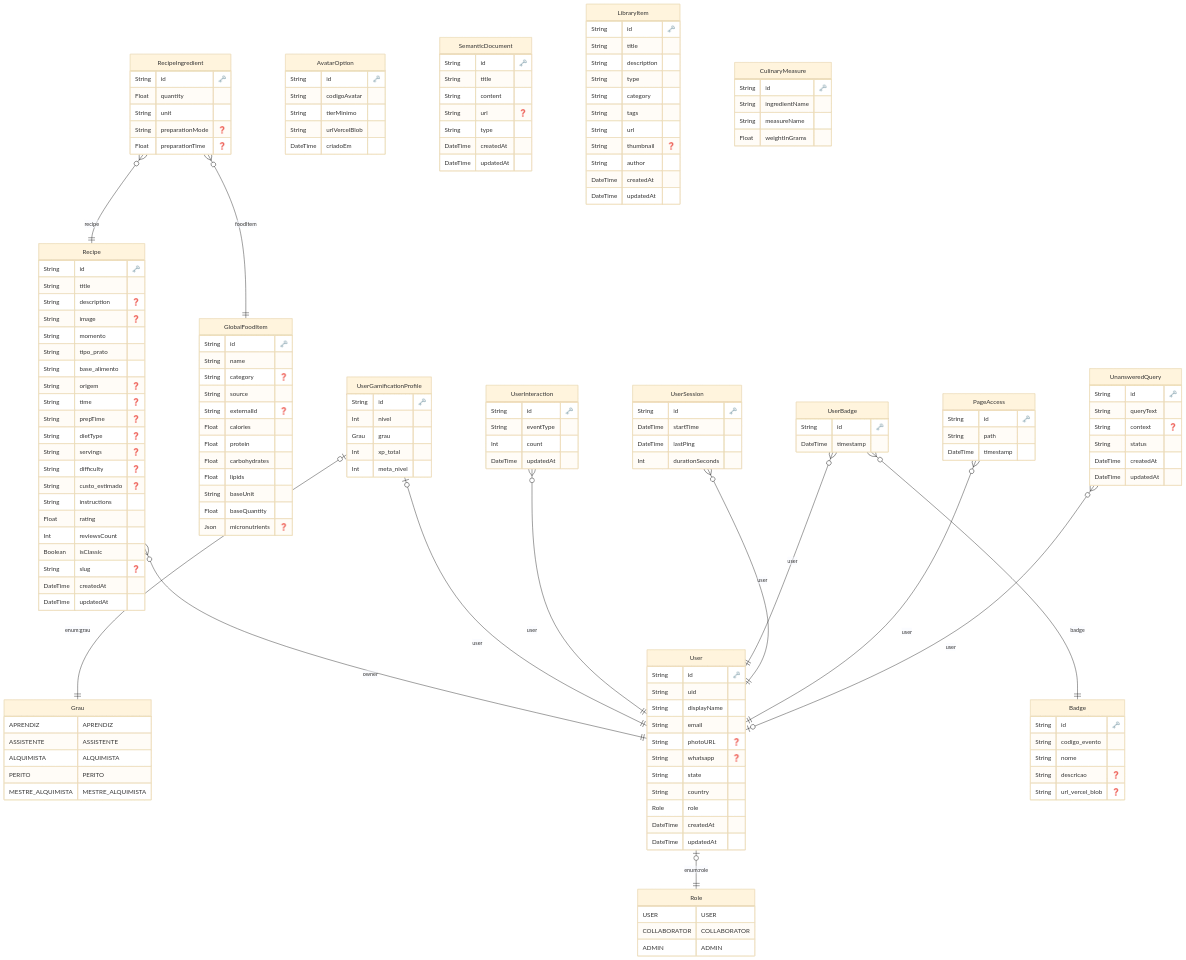
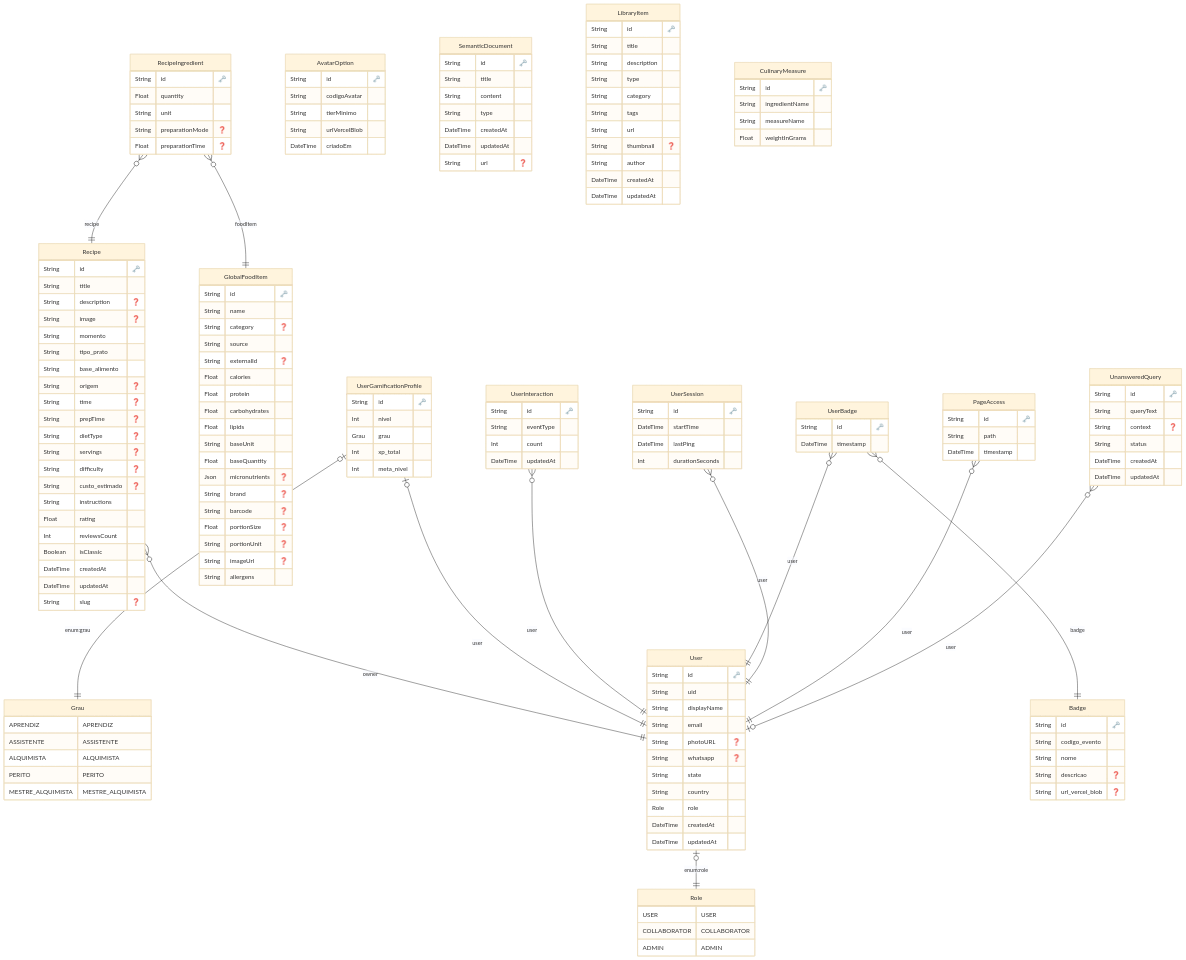
The diagram in specs/ERD.md (Sarge2024/alchemist), drawn with Mermaid (base theme) before and after one commit. The commit also changed 6 other files, not shown here.

```diff
--- a/specs/ERD.md
+++ b/specs/ERD.md
@@ -51,9 +51,9 @@
     Float rating 
     Int reviewsCount 
     Boolean isClassic 
-    String slug "❓"
     DateTime createdAt 
     DateTime updatedAt 
+    String slug "❓"
     }
   
 
@@ -70,6 +70,12 @@
     String baseUnit 
     Float baseQuantity 
     Json micronutrients "❓"
+    String brand "❓"
+    String barcode "❓"
+    Float portionSize "❓"
+    String portionUnit "❓"
+    String imageUrl "❓"
+    String allergens 
     }
   
 
@@ -127,10 +133,10 @@
     String id "🗝️"
     String title 
     String content 
-    String url "❓"
     String type 
     DateTime createdAt 
     DateTime updatedAt 
+    String url "❓"
     }
   
 
@@ -183,13 +189,13 @@
   
     "User" |o--|| "Role" : "enum:role"
     "Recipe" }o--|| "User" : "owner"
+    "RecipeIngredient" }o--|| "GlobalFoodItem" : "foodItem"
     "RecipeIngredient" }o--|| "Recipe" : "recipe"
-    "RecipeIngredient" }o--|| "GlobalFoodItem" : "foodItem"
     "UserGamificationProfile" |o--|| "Grau" : "enum:grau"
     "UserGamificationProfile" |o--|| "User" : "user"
     "UserInteraction" }o--|| "User" : "user"
+    "UserBadge" }o--|| "Badge" : "badge"
     "UserBadge" }o--|| "User" : "user"
-    "UserBadge" }o--|| "Badge" : "badge"
     "UserSession" }o--|| "User" : "user"
     "PageAccess" }o--|| "User" : "user"
     "UnansweredQuery" }o--|o "User" : "user"
```
